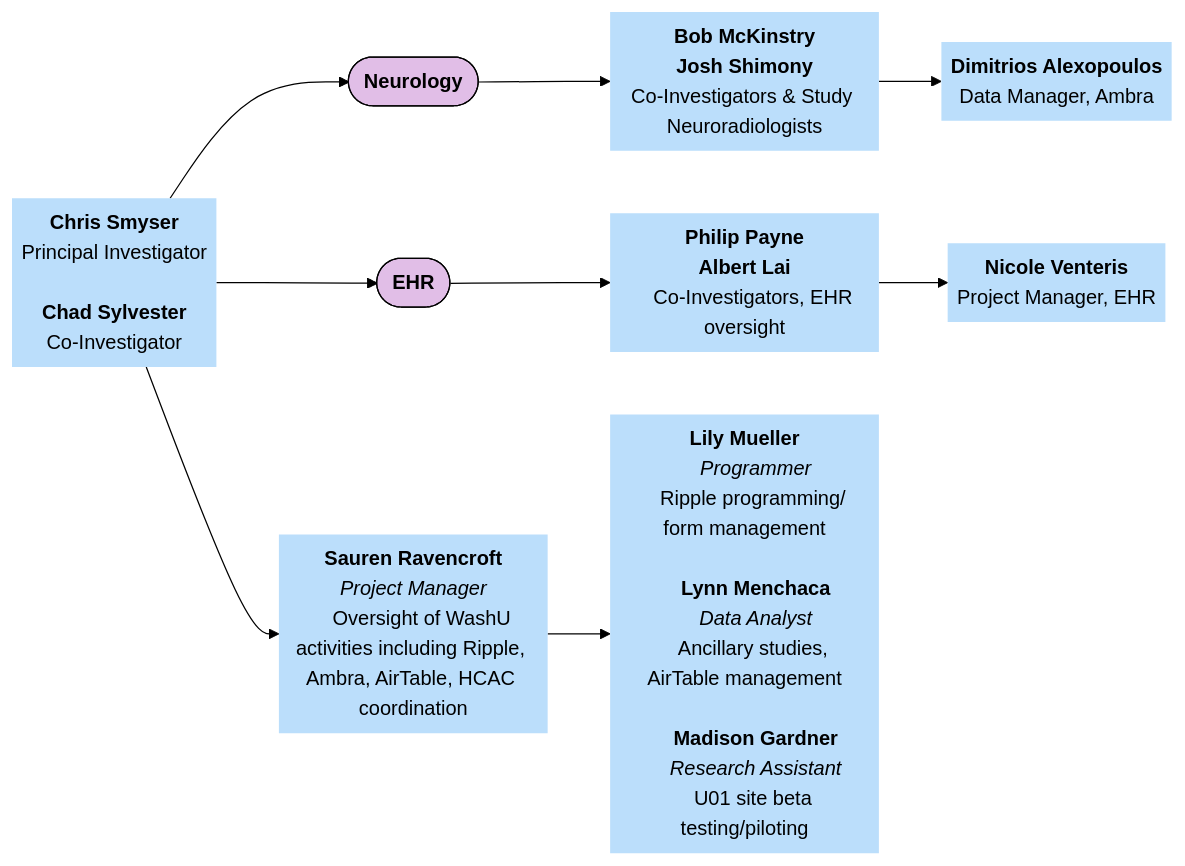
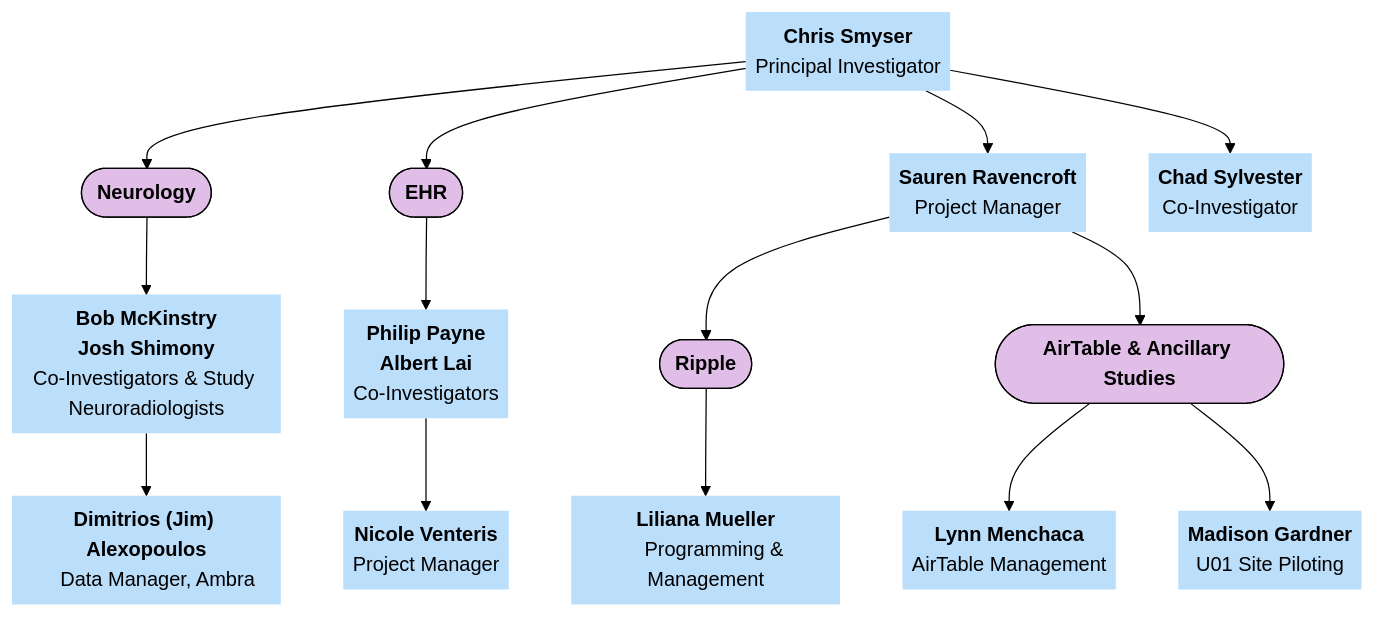
One commit to DCAN-Labs/hbcd-docs-internal changed the tenth of 10 diagrams in docs/orgcharts.md. Above: the diagram before and after it, drawn with Mermaid (forest theme). The commit also changed other lines of this file, not shown here.

Commit message:
improve WashU

````diff
--- a/docs/orgcharts.md
+++ b/docs/orgcharts.md
@@ -629,41 +629,44 @@
 ```mermaid
 ---
 config:
   layout: dagre
 ---
-flowchart LR
-    A["<b>Chris Smyser</b><br>Principal Investigator<br>
-    <b>Chad Sylvester</b><br>Co-Investigator"] --> neurology(["<b>Neurology</b>"]) & C(["<b>EHR</b><br>"]) & B["<b>Sauren Ravencroft</b><br><i>Project Manager</i>
-    Oversight of WashU activities including Ripple, Ambra, AirTable, HCAC coordination"]
+flowchart TB
+    A["<b>Chris Smyser</b><br>Principal Investigator<br>"] --> neurology(["<b>Neurology</b>"]) & C(["<b>EHR</b><br>"]) & B["<b>Sauren Ravencroft</b><br>Project Manager"] & n11["<b>Chad Sylvester</b><br>Co-Investigator"]
     neurology --> n1["<b>Bob McKinstry</b><br><b>Josh Shimony</b><br>Co-Investigators &amp; Study Neuroradiologists"]
-    n1 --> n2["<b>Dimitrios Alexopoulos</b>
+    n1 --> n2["<b>Dimitrios (Jim) Alexopoulos</b>
     Data Manager, Ambra"]
     C --> n3["<b>Philip Payne</b><br><b>Albert Lai</b>
-    Co-Investigators, EHR oversight"]
-    n3 --> n4["<b>Nicole Venteris</b><br>Project Manager, EHR"]
-    B --> n5["<b>Lily Mueller</b>
-    <i>Programmer</i>
-    Ripple programming/ form management<br>
-    <b>Lynn Menchaca</b>
-    <i>Data Analyst</i>
-    Ancillary studies, AirTable management<br>
-    <b>Madison Gardner</b>
-    <i>Research Assistant</i>
-    U01 site beta testing/piloting"]
+    Co-Investigators"]
+    n3 --> n4["<b>Nicole Venteris</b><br>Project Manager"]
+    B --> n5(["<b>Ripple</b>"]) & n6(["<b>AirTable &amp; Ancillary Studies</b>"])
+    n5 --> n8["<b>Liliana Mueller</b>
+    Programming &amp; Management"]
+    n6 --> n9["<b>Lynn Menchaca</b>
+    AirTable Management<br>"] & n10["<b>Madison Gardner</b>
+    U01 Site Piloting"]
     A@{ shape: text}
     B@{ shape: text}
+    n11@{ shape: text}
     n1@{ shape: text}
     n2@{ shape: text}
     n3@{ shape: text}
     n4@{ shape: text}
-    n5@{ shape: text}
+    n8@{ shape: text}
+    n9@{ shape: text}
+    n10@{ shape: text}
     style A fill:#BBDEFB
     style neurology fill:#E1BEE7,stroke:#000000
     style C stroke:#000000,fill:#E1BEE7
     style B fill:#BBDEFB
+    style n11 fill:#BBDEFB
     style n1 fill:#BBDEFB
     style n2 fill:#BBDEFB
     style n3 fill:#BBDEFB
     style n4 fill:#BBDEFB
-    style n5 fill:#BBDEFB
+    style n5 fill:#E1BEE7,stroke:#000000
+    style n6 fill:#E1BEE7,stroke:#000000
+    style n8 fill:#BBDEFB,stroke:none
+    style n9 fill:#BBDEFB
+    style n10 fill:#BBDEFB
 ```
````
